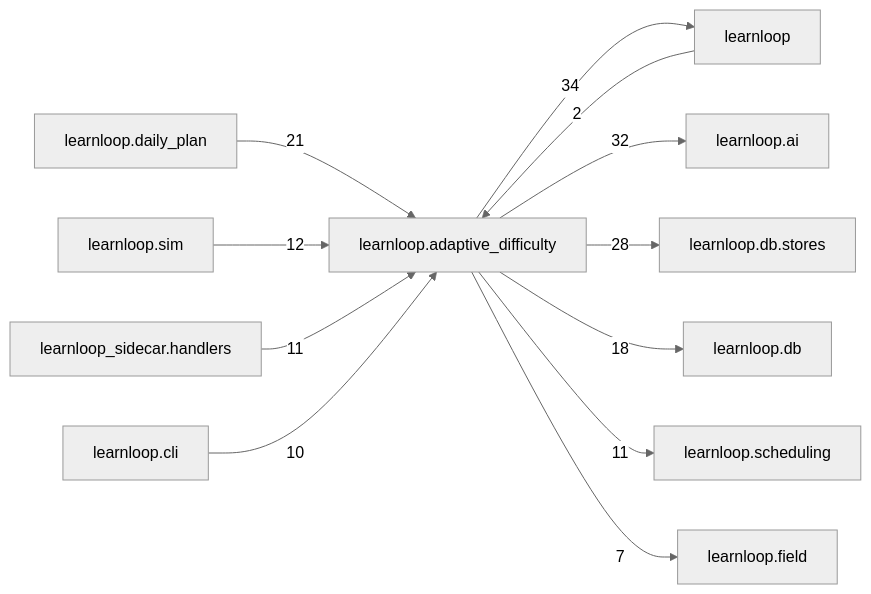
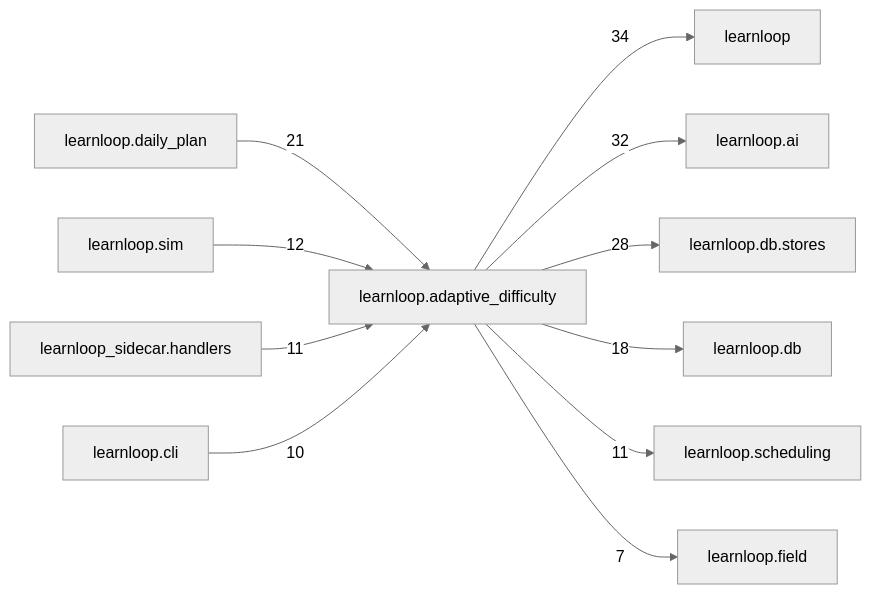
The diagram in docs/learnloop-architecture-vault/Reference/Modules/learnloop/adaptive_difficulty/_package.md (6up-b/learnanything), drawn with Mermaid (neutral theme) before and after one commit. The commit also changed other lines of this file and 174 other files, not shown here.

````diff
--- a/docs/learnloop-architecture-vault/Reference/Modules/learnloop/adaptive_difficulty/_package.md
+++ b/docs/learnloop-architecture-vault/Reference/Modules/learnloop/adaptive_difficulty/_package.md
@@ -183,25 +182,24 @@
 ```mermaid
 flowchart LR
     center["learnloop.adaptive_difficulty"]
     n_learnloop["learnloop"]
     n_learnloop_ai["learnloop.ai"]
     n_learnloop_db_stores["learnloop.db.stores"]
     n_learnloop_daily_plan["learnloop.daily_plan"]
     n_learnloop_db["learnloop.db"]
     n_learnloop_sim["learnloop.sim"]
     n_learnloop_scheduling["learnloop.scheduling"]
     n_learnloop_sidecar_handlers["learnloop_sidecar.handlers"]
     n_learnloop_cli["learnloop.cli"]
     n_learnloop_field["learnloop.field"]
-    n_learnloop -->|2| center
     center -->|34| n_learnloop
     center -->|32| n_learnloop_ai
     center -->|28| n_learnloop_db_stores
     n_learnloop_daily_plan -->|21| center
     center -->|18| n_learnloop_db
     n_learnloop_sim -->|12| center
     center -->|11| n_learnloop_scheduling
     n_learnloop_sidecar_handlers -->|11| center
     n_learnloop_cli -->|10| center
     center -->|7| n_learnloop_field
 ```
````
